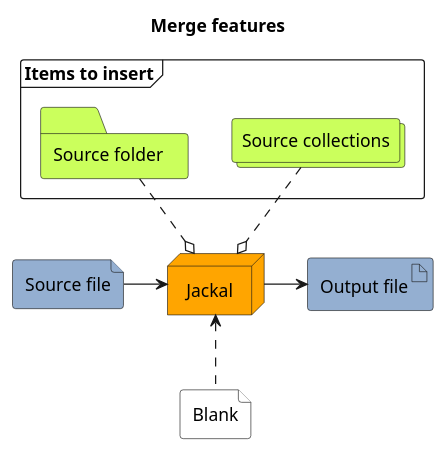
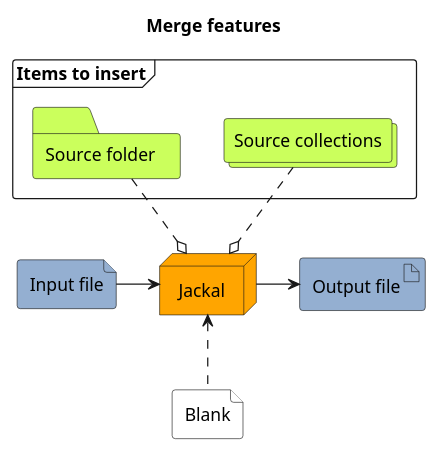
One commit to ile2807/postman-collection-tools changed the diagram in mergeFeatures.iuml. Above: the diagram before and after it, drawn with PlantUML. The commit also changed 3 other files, not shown here.

```diff
--- a/mergeFeatures.iuml
+++ b/mergeFeatures.iuml
@@ -1,18 +1,18 @@
 @startuml
 node Jackal as j #Orange
 title Merge features
 frame "Items to insert" as fr {
     collections "Source collections" as sc #cbff5c
     folder "Source folder" as f #cbff5c
 }
-file "Source file" as sf #94afd1
+file "Input file" as sf #94afd1
 file "Blank" as b #White
 artifact "Output file" as o #94afd1
 f -[dashed]down-o j
 sc -[dashed]down-o j
 sf -right-> j
 j -right-> o
 b -[dashed]up-> j
 
 
 @enduml
```
